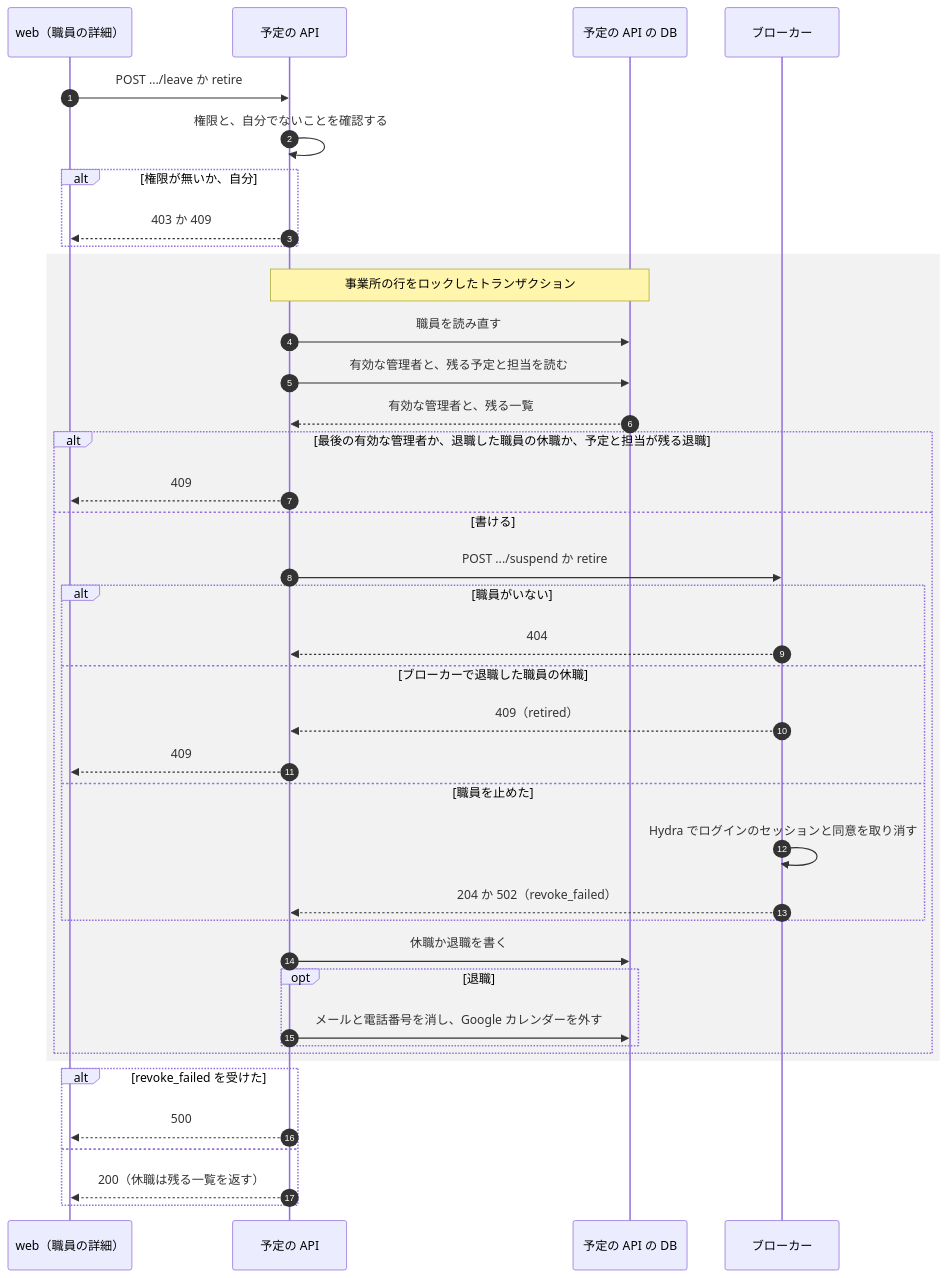
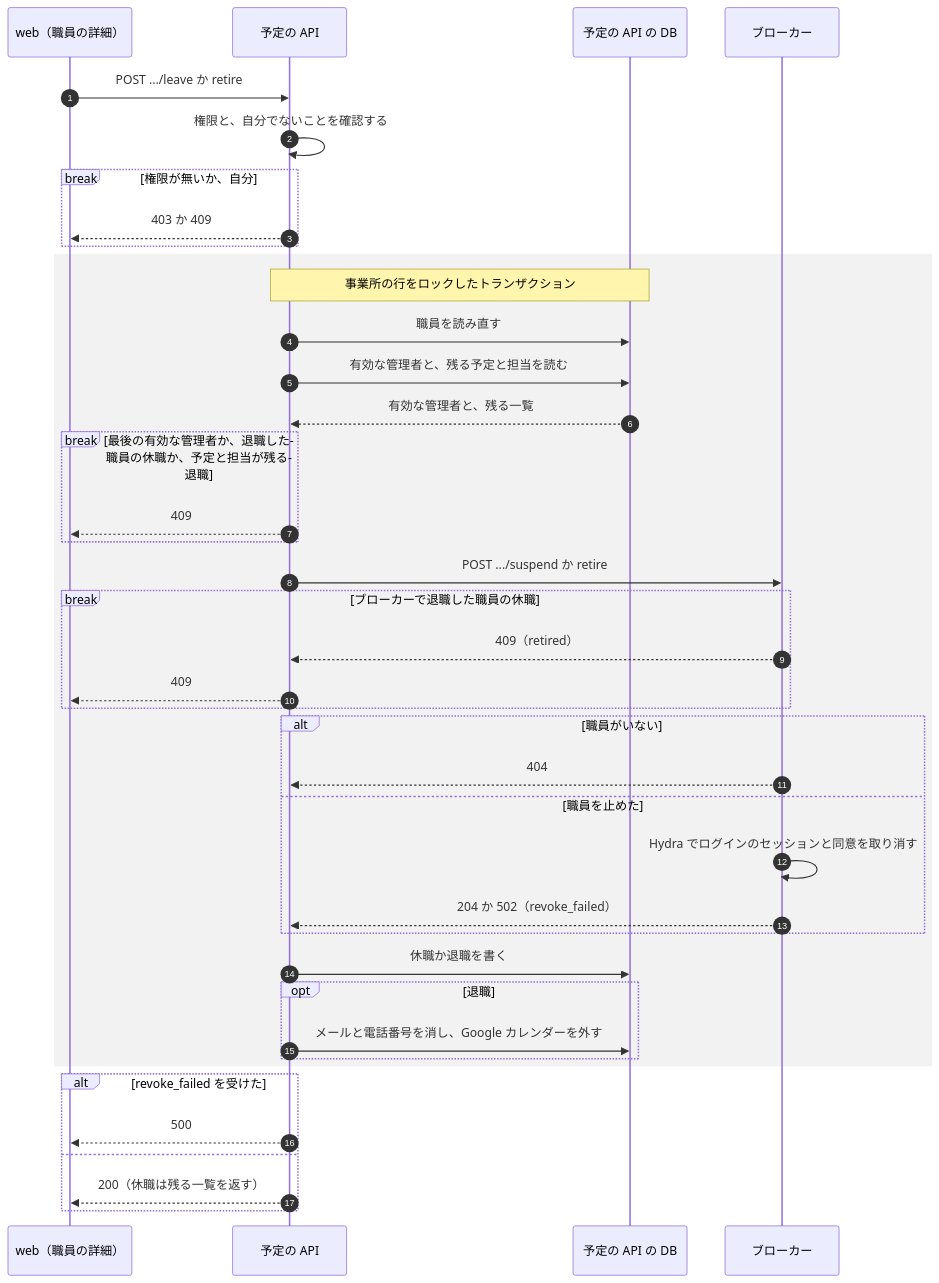
One commit to Fukuemon/buddy changed the fifth of 7 diagrams in services/broker/DesignDoc.md. Above: the diagram before and after it, drawn with Mermaid. The commit also changed other lines of this file, not shown here.

Commit message:
docs(broker): 休職と退職と復職の図で、拒む道を break で終える #426
alt で描いた拒む道が、その後のブローカーの呼び出しと書き込みに続くように読めた。

````diff
--- a/services/broker/DesignDoc.md
+++ b/services/broker/DesignDoc.md
@@ -258,42 +258,42 @@
 ```mermaid
 sequenceDiagram
   autonumber
   participant W as web（職員の詳細）
   participant A as 予定の API
   participant DB as 予定の API の DB
   participant K as ブローカー
   W->>A: POST .../leave か retire
   A->>A: 権限と、自分でないことを確認する
-  alt 権限が無いか、自分
+  break 権限が無いか、自分
     A-->>W: 403 か 409
   end
   rect rgba(128, 128, 128, 0.1)
     Note over A,DB: 事業所の行をロックしたトランザクション
     A->>DB: 職員を読み直す
     A->>DB: 有効な管理者と、残る予定と担当を読む
     DB-->>A: 有効な管理者と、残る一覧
-    alt 最後の有効な管理者か、退職した職員の休職か、予定と担当が残る退職
+    break 最後の有効な管理者か、退職した職員の休職か、予定と担当が残る退職
       A-->>W: 409
-    else 書ける
-      A->>K: POST .../suspend か retire
-      alt 職員がいない
-        K-->>A: 404
-      else ブローカーで退職した職員の休職
-        K-->>A: 409（retired）
-        A-->>W: 409
-      else 職員を止めた
-        K->>K: Hydra でログインのセッションと同意を取り消す
-        K-->>A: 204 か 502（revoke_failed）
-      end
-      A->>DB: 休職か退職を書く
-      opt 退職
-        A->>DB: メールと電話番号を消し、Google カレンダーを外す
-      end
+    end
+    A->>K: POST .../suspend か retire
+    break ブローカーで退職した職員の休職
+      K-->>A: 409（retired）
+      A-->>W: 409
+    end
+    alt 職員がいない
+      K-->>A: 404
+    else 職員を止めた
+      K->>K: Hydra でログインのセッションと同意を取り消す
+      K-->>A: 204 か 502（revoke_failed）
+    end
+    A->>DB: 休職か退職を書く
+    opt 退職
+      A->>DB: メールと電話番号を消し、Google カレンダーを外す
     end
   end
   alt revoke_failed を受けた
     A-->>W: 500
   else
     A-->>W: 200（休職は残る一覧を返す）
   end
 ```
````
